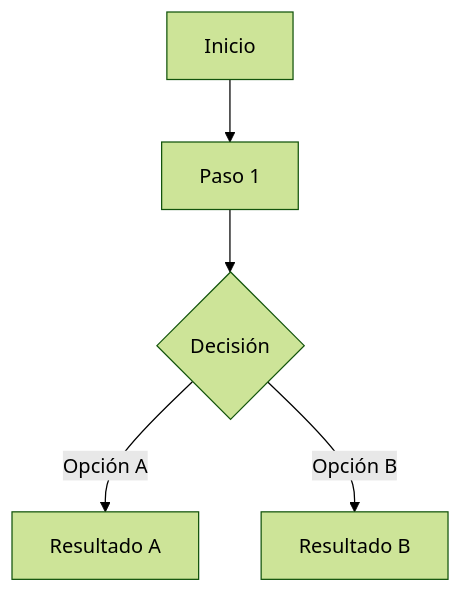
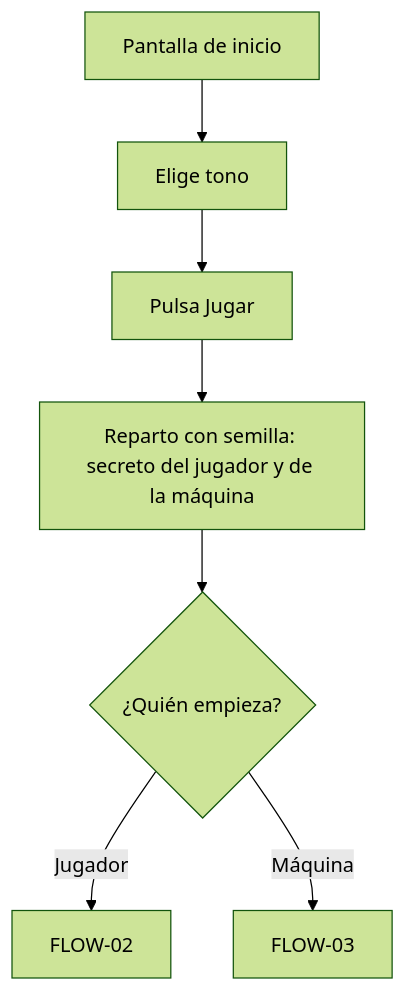
The first of 4 diagrams in docs/user-flows.md (polmarza/quien-es-quien), drawn with Mermaid (forest theme) before and after one commit. The commit also changed other lines of this file and 41 other files, not shown here.

````diff
--- a/docs/user-flows.md
+++ b/docs/user-flows.md
@@ -36,7 +40,9 @@
 ```mermaid
 flowchart TD
-  A[Inicio] --> B[Paso 1]
-  B --> C{Decisión}
-  C -->|Opción A| D[Resultado A]
-  C -->|Opción B| E[Resultado B]
+  A[Pantalla de inicio] --> B[Elige tono]
+  B --> C[Pulsa Jugar]
+  C --> D[Reparto con semilla: secreto del jugador y de la máquina]
+  D --> E{¿Quién empieza?}
+  E -->|Jugador| F[FLOW-02]
+  E -->|Máquina| G[FLOW-03]
 ```
````
